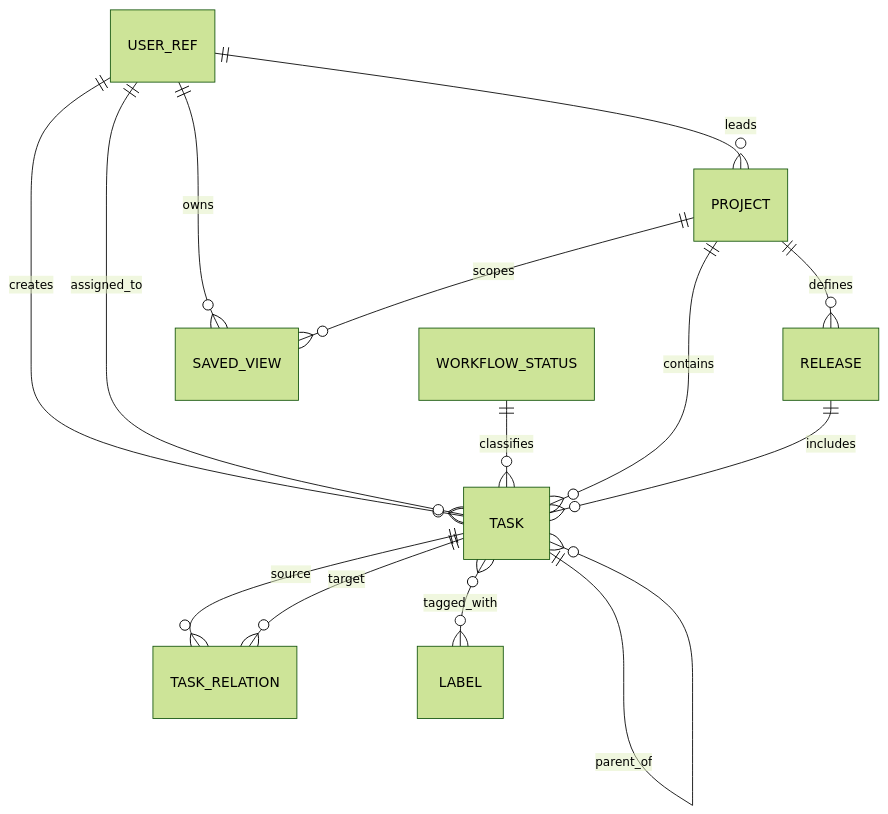
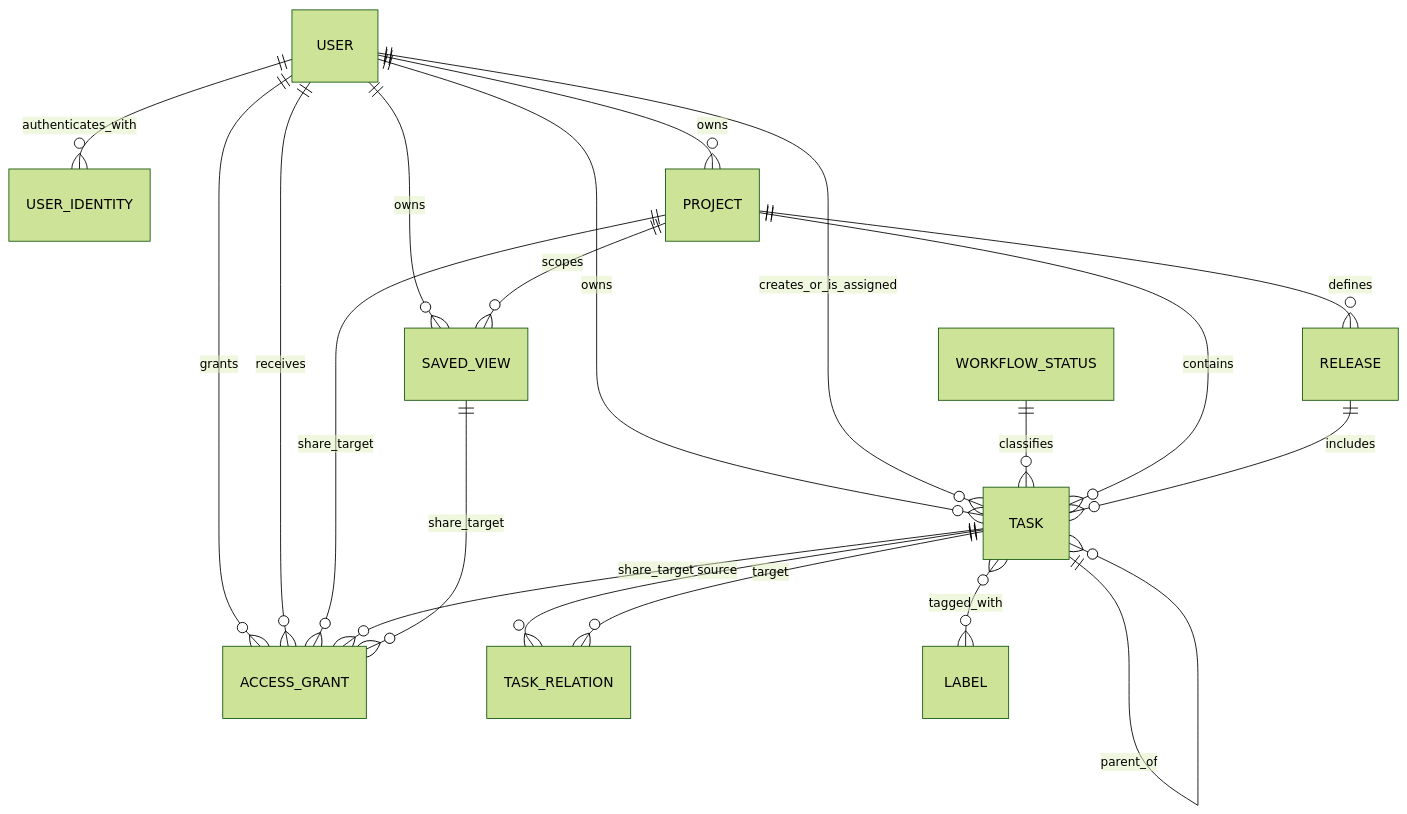
The diagram in docs/reference/domain-model.md (xxsrez/TaskManager), drawn with Mermaid (forest theme) before and after one commit. The commit also changed other lines of this file and 10 other files, not shown here.

````diff
--- a/docs/reference/domain-model.md
+++ b/docs/reference/domain-model.md
@@ -13,16 +13,22 @@
 ```mermaid
 erDiagram
-    USER_REF ||--o{ TASK : creates
-    USER_REF ||--o{ TASK : assigned_to
-    USER_REF ||--o{ PROJECT : leads
+    USER ||--o{ USER_IDENTITY : authenticates_with
+    USER ||--o{ TASK : owns
+    USER ||--o{ PROJECT : owns
+    USER ||--o{ SAVED_VIEW : owns
+    USER ||--o{ ACCESS_GRANT : grants
+    USER ||--o{ ACCESS_GRANT : receives
+    USER ||--o{ TASK : creates_or_is_assigned
     WORKFLOW_STATUS ||--o{ TASK : classifies
     PROJECT ||--o{ TASK : contains
     PROJECT ||--o{ RELEASE : defines
     RELEASE ||--o{ TASK : includes
     TASK ||--o{ TASK : parent_of
     TASK ||--o{ TASK_RELATION : source
     TASK ||--o{ TASK_RELATION : target
     TASK }o--o{ LABEL : tagged_with
-    USER_REF ||--o{ SAVED_VIEW : owns
     PROJECT ||--o{ SAVED_VIEW : scopes
+    PROJECT ||--o{ ACCESS_GRANT : share_target
+    TASK ||--o{ ACCESS_GRANT : share_target
+    SAVED_VIEW ||--o{ ACCESS_GRANT : share_target
 ```
````
